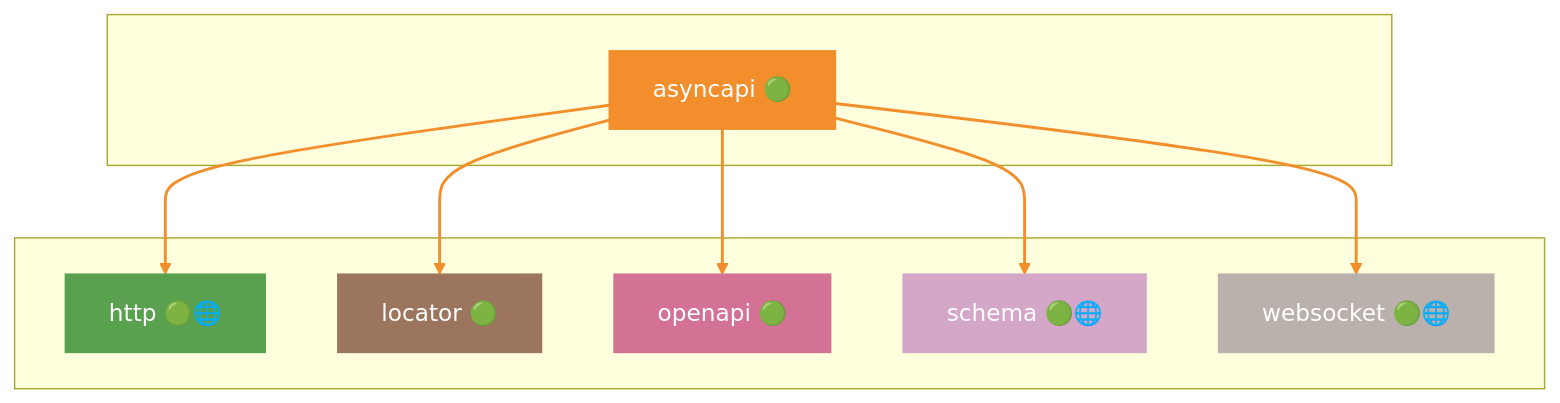
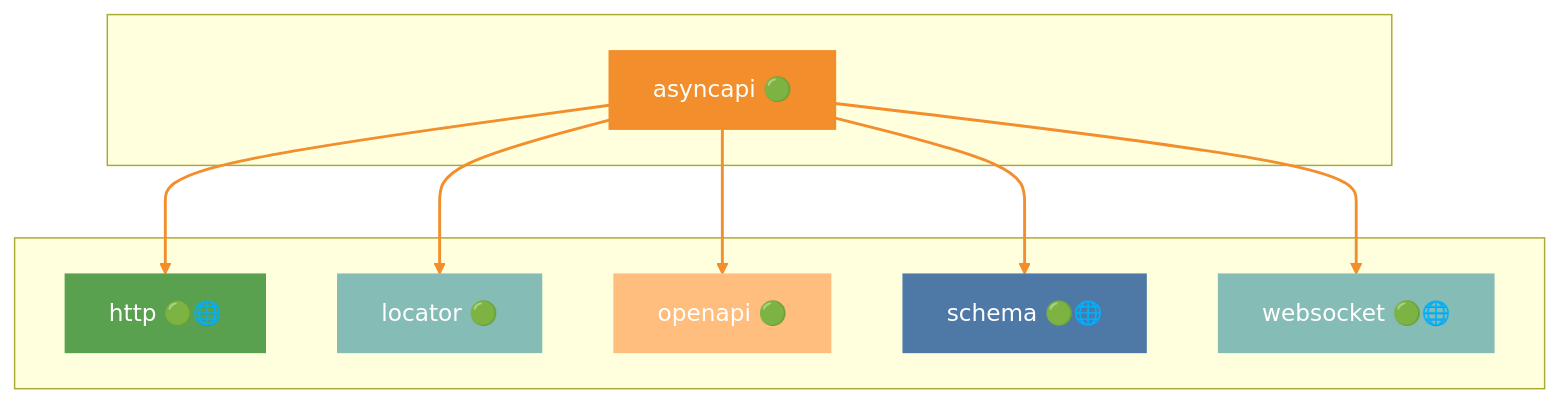
One commit to grest-ts/grest-ts changed the third of 48 diagrams in docs/DEPENDENCIES.md. Above: the diagram before and after it, drawn with Mermaid. The commit also changed other lines of this file and 78 other files, not shown here.

````diff
--- a/docs/DEPENDENCIES.md
+++ b/docs/DEPENDENCIES.md
@@ -483,29 +489,29 @@
 ```mermaid
 flowchart TB
     subgraph Package[" "]
         asyncapi["asyncapi 🟢"]
     end
     subgraph Dependencies[" "]
         http["http 🟢🌐"]
         locator["locator 🟢"]
         openapi["openapi 🟢"]
         schema["schema 🟢🌐"]
         websocket["websocket 🟢🌐"]
     end
     asyncapi --> http
     asyncapi --> locator
     asyncapi --> openapi
     asyncapi --> schema
     asyncapi --> websocket
     style asyncapi fill:#F28E2B,stroke:#F28E2B,color:#fff
     style http fill:#59A14F,stroke:#59A14F,color:#fff
-    style locator fill:#9C755F,stroke:#9C755F,color:#fff
-    style openapi fill:#D37295,stroke:#D37295,color:#fff
-    style schema fill:#D4A6C8,stroke:#D4A6C8,color:#fff
-    style websocket fill:#BAB0AC,stroke:#BAB0AC,color:#fff
+    style locator fill:#86BCB6,stroke:#86BCB6,color:#fff
+    style openapi fill:#FFBE7D,stroke:#FFBE7D,color:#fff
+    style schema fill:#4E79A7,stroke:#4E79A7,color:#fff
+    style websocket fill:#86BCB6,stroke:#86BCB6,color:#fff
     linkStyle 0 stroke:#F28E2B,stroke-width:2px
     linkStyle 1 stroke:#F28E2B,stroke-width:2px
     linkStyle 2 stroke:#F28E2B,stroke-width:2px
     linkStyle 3 stroke:#F28E2B,stroke-width:2px
     linkStyle 4 stroke:#F28E2B,stroke-width:2px
 ```
````
